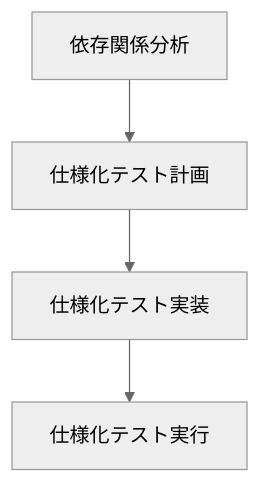
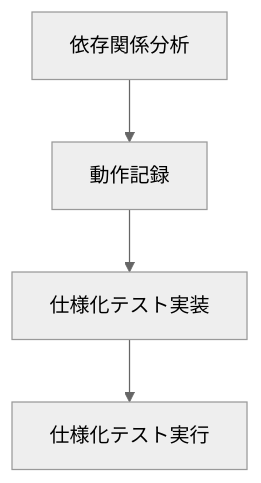
The first of 2 diagrams in WORKFLOW_SPEC_TEST_MAIN.md (ryosuke911/WORKFLOW_SPEC_TEST), drawn with Mermaid (neutral theme) before and after one commit. The commit also changed other lines of this file and 5 other files, not shown here.

````diff
--- a/WORKFLOW_SPEC_TEST_MAIN.md
+++ b/WORKFLOW_SPEC_TEST_MAIN.md
@@ -4,11 +4,11 @@
 ```mermaid
 graph TD
     P1[依存関係分析]
-    P2[仕様化テスト計画]
+    P2[動作記録]
     P3[仕様化テスト実装]
     P4[仕様化テスト実行]
 
     P1 --> P2
     P2 --> P3
     P3 --> P4
 ```
````
